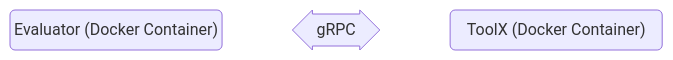
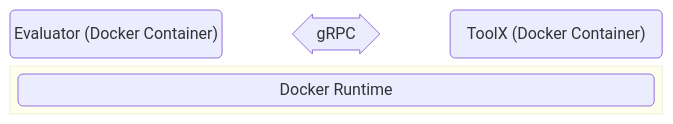
One commit to christianbirchler-org/sdc-testing-competition changed the first of 2 diagrams in competitions/2026.md. Above: the diagram before and after it, drawn with Mermaid.

````diff
--- a/competitions/2026.md
+++ b/competitions/2026.md
@@ -81,7 +81,11 @@
 ```mermaid
 block-beta
   columns 3
   d("Evaluator (Docker Container)"):1
   blockArrowId5<["gRPC"]>(x)
   g("ToolX (Docker Container)"):1
+  block:group3:3
+    docker("Docker Runtime")
+  end
+
 ```
````
